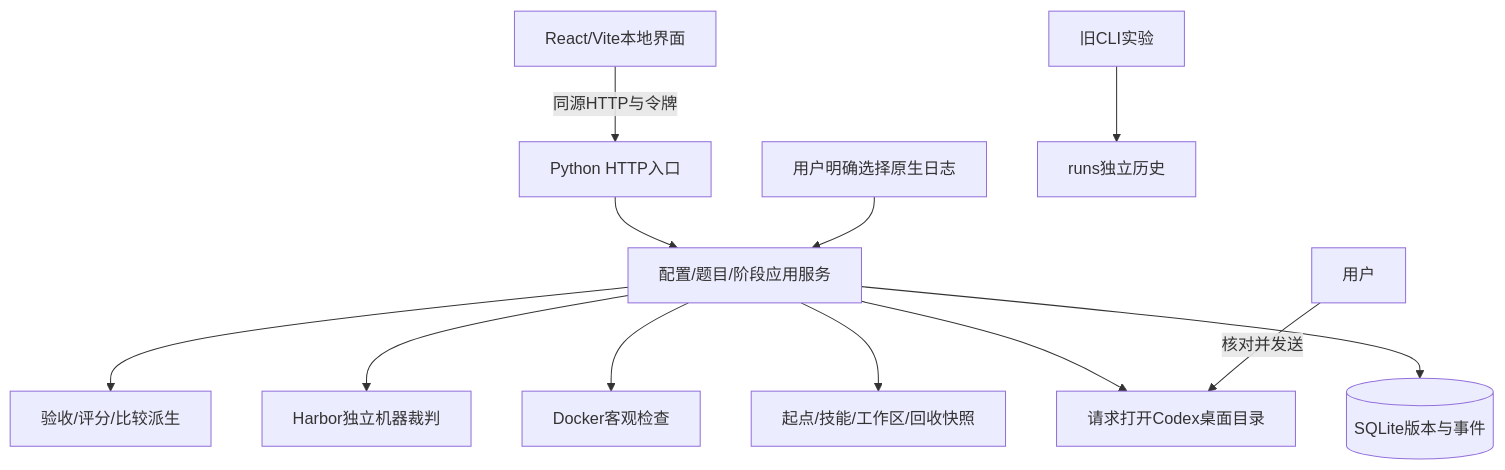
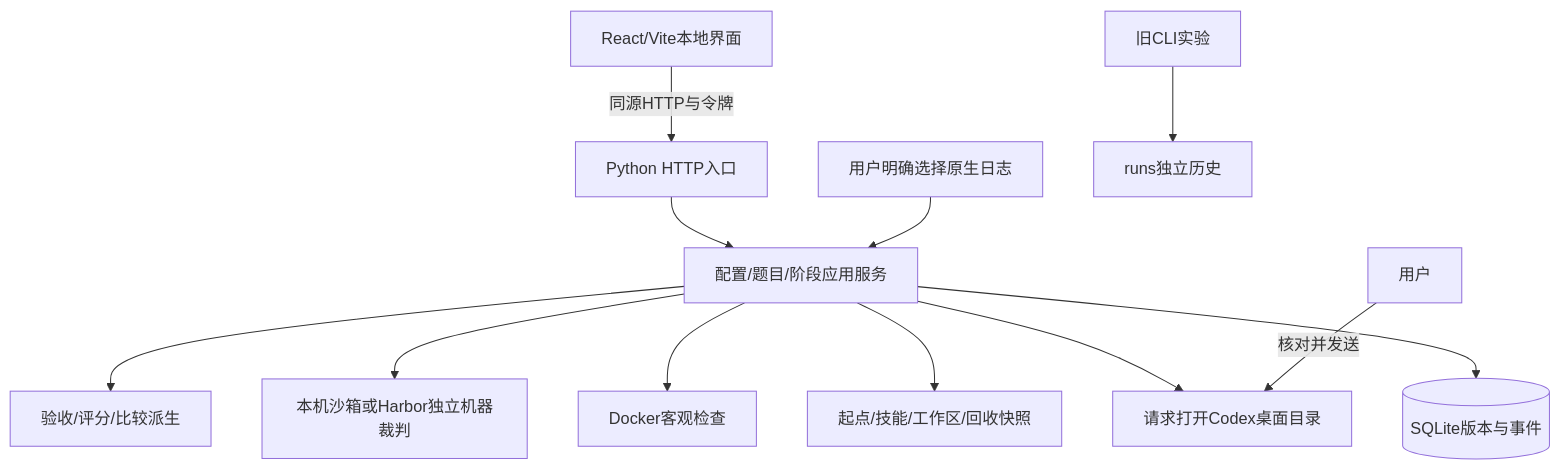
The second of 2 diagrams in docs/PROJECT_SPEC.md (devonsagr/Codex-Harness-Bench), drawn with Mermaid before and after one commit. The commit also changed other lines of this file and 37 other files, not shown here.

````diff
--- a/docs/PROJECT_SPEC.md
+++ b/docs/PROJECT_SPEC.md
@@ -63,14 +63,14 @@
 ```mermaid
 flowchart TB
   UI[React/Vite本地界面] -->|同源HTTP与令牌| HTTP[Python HTTP入口]
   HTTP --> App[配置/题目/阶段应用服务]
   App --> DB[(SQLite版本与事件)]
   App --> FS[起点/技能/工作区/回收快照]
   App --> Desktop[请求打开Codex桌面目录]
   User[用户] -->|核对并发送| Desktop
   App --> Checks[Docker客观检查]
-  App --> Judge[Harbor独立机器裁判]
+  App --> Judge[本机沙箱或Harbor独立机器裁判]
   Trace[用户明确选择原生日志] --> App
   App --> Score[验收/评分/比较派生]
   Legacy[旧CLI实验] --> Old[runs独立历史]
 ```
````
